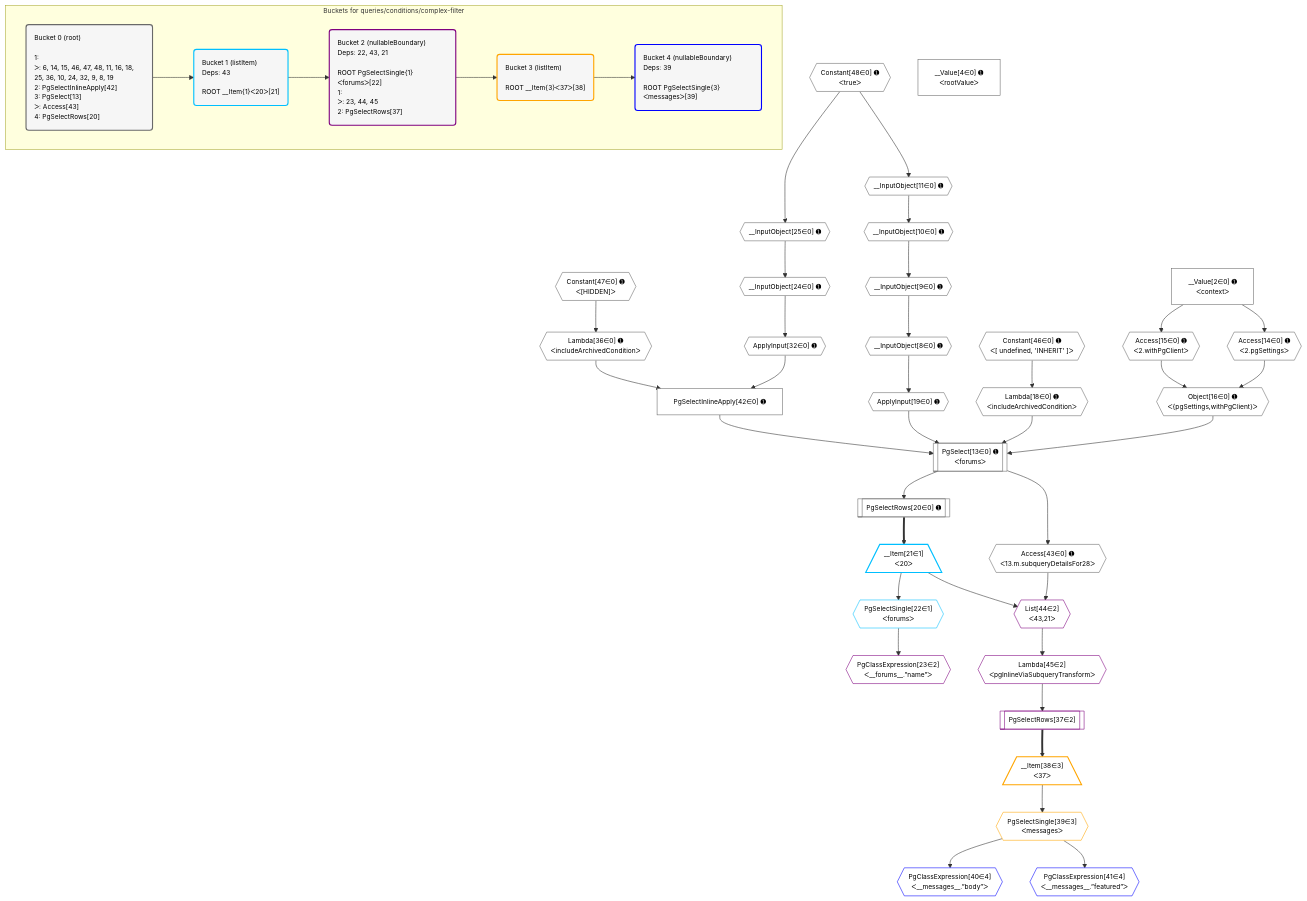
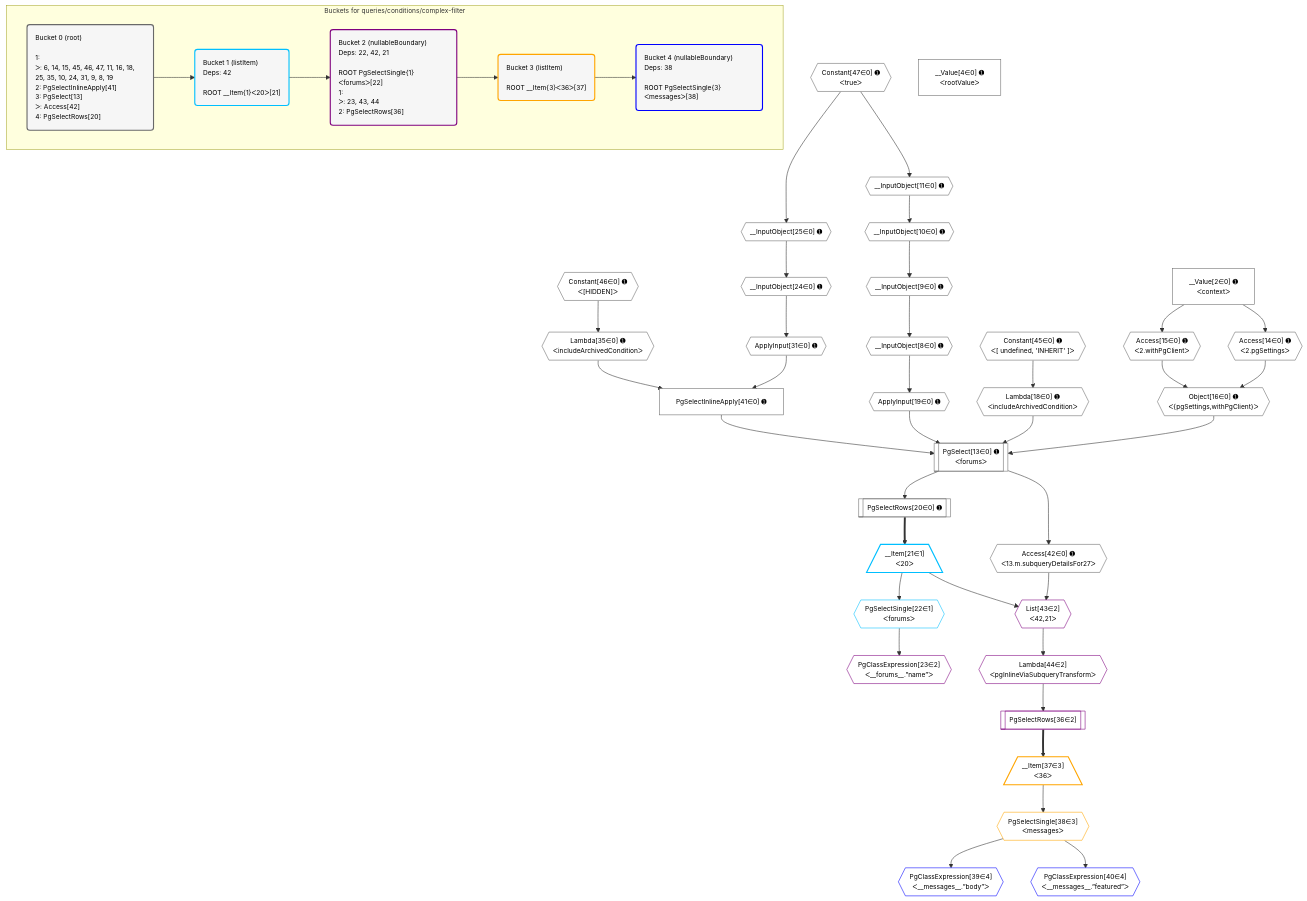
Before and after one commit to graphile/crystal: the diagram in grafast/dataplan-pg/__tests__/queries/conditions/complex-filter.mermaid, drawn with Mermaid. The commit also changed 145 other files, not shown here.

Commit message:
Update plan diagrams (renumber: fewer input steps)

```diff
--- a/grafast/dataplan-pg/__tests__/queries/conditions/complex-filter.mermaid
+++ b/grafast/dataplan-pg/__tests__/queries/conditions/complex-filter.mermaid
@@ -1,93 +1,93 @@
 %%{init: {'themeVariables': { 'fontSize': '12px'}}}%%
 graph TD
     classDef path fill:#eee,stroke:#000,color:#000
     classDef plan fill:#fff,stroke-width:1px,color:#000
     classDef itemplan fill:#fff,stroke-width:2px,color:#000
     classDef unbatchedplan fill:#dff,stroke-width:1px,color:#000
     classDef sideeffectplan fill:#fcc,stroke-width:2px,color:#000
     classDef bucket fill:#f6f6f6,color:#000,stroke-width:2px,text-align:left
 
     subgraph "Buckets for queries/conditions/complex-filter"
-    Bucket0("Bucket 0 (root)<br /><br />1: <br />ᐳ: 6, 14, 15, 46, 47, 48, 11, 16, 18, 25, 36, 10, 24, 32, 9, 8, 19<br />2: PgSelectInlineApply[42]<br />3: PgSelect[13]<br />ᐳ: Access[43]<br />4: PgSelectRows[20]"):::bucket
-    Bucket1("Bucket 1 (listItem)<br />Deps: 43<br /><br />ROOT __Item{1}ᐸ20ᐳ[21]"):::bucket
-    Bucket2("Bucket 2 (nullableBoundary)<br />Deps: 22, 43, 21<br /><br />ROOT PgSelectSingle{1}ᐸforumsᐳ[22]<br />1: <br />ᐳ: 23, 44, 45<br />2: PgSelectRows[37]"):::bucket
-    Bucket3("Bucket 3 (listItem)<br /><br />ROOT __Item{3}ᐸ37ᐳ[38]"):::bucket
-    Bucket4("Bucket 4 (nullableBoundary)<br />Deps: 39<br /><br />ROOT PgSelectSingle{3}ᐸmessagesᐳ[39]"):::bucket
+    Bucket0("Bucket 0 (root)<br /><br />1: <br />ᐳ: 6, 14, 15, 45, 46, 47, 11, 16, 18, 25, 35, 10, 24, 31, 9, 8, 19<br />2: PgSelectInlineApply[41]<br />3: PgSelect[13]<br />ᐳ: Access[42]<br />4: PgSelectRows[20]"):::bucket
+    Bucket1("Bucket 1 (listItem)<br />Deps: 42<br /><br />ROOT __Item{1}ᐸ20ᐳ[21]"):::bucket
+    Bucket2("Bucket 2 (nullableBoundary)<br />Deps: 22, 42, 21<br /><br />ROOT PgSelectSingle{1}ᐸforumsᐳ[22]<br />1: <br />ᐳ: 23, 43, 44<br />2: PgSelectRows[36]"):::bucket
+    Bucket3("Bucket 3 (listItem)<br /><br />ROOT __Item{3}ᐸ36ᐳ[37]"):::bucket
+    Bucket4("Bucket 4 (nullableBoundary)<br />Deps: 38<br /><br />ROOT PgSelectSingle{3}ᐸmessagesᐳ[38]"):::bucket
     end
     Bucket0 --> Bucket1
     Bucket1 --> Bucket2
     Bucket2 --> Bucket3
     Bucket3 --> Bucket4
 
     %% plan dependencies
     PgSelect13[["PgSelect[13∈0] ➊<br />ᐸforumsᐳ"]]:::plan
     Object16{{"Object[16∈0] ➊<br />ᐸ{pgSettings,withPgClient}ᐳ"}}:::plan
     Lambda18{{"Lambda[18∈0] ➊<br />ᐸincludeArchivedConditionᐳ"}}:::plan
     ApplyInput19{{"ApplyInput[19∈0] ➊"}}:::plan
-    PgSelectInlineApply42["PgSelectInlineApply[42∈0] ➊"]:::plan
-    Object16 & Lambda18 & ApplyInput19 & PgSelectInlineApply42 --> PgSelect13
+    PgSelectInlineApply41["PgSelectInlineApply[41∈0] ➊"]:::plan
+    Object16 & Lambda18 & ApplyInput19 & PgSelectInlineApply41 --> PgSelect13
     __InputObject10{{"__InputObject[10∈0] ➊"}}:::plan
     __InputObject11{{"__InputObject[11∈0] ➊"}}:::plan
     __InputObject11 --> __InputObject10
-    Constant48{{"Constant[48∈0] ➊<br />ᐸtrueᐳ"}}:::plan
-    Constant48 --> __InputObject11
+    Constant47{{"Constant[47∈0] ➊<br />ᐸtrueᐳ"}}:::plan
+    Constant47 --> __InputObject11
     Access14{{"Access[14∈0] ➊<br />ᐸ2.pgSettingsᐳ"}}:::plan
     Access15{{"Access[15∈0] ➊<br />ᐸ2.withPgClientᐳ"}}:::plan
     Access14 & Access15 --> Object16
     __InputObject24{{"__InputObject[24∈0] ➊"}}:::plan
     __InputObject25{{"__InputObject[25∈0] ➊"}}:::plan
     __InputObject25 --> __InputObject24
-    Constant48 --> __InputObject25
-    ApplyInput32{{"ApplyInput[32∈0] ➊"}}:::plan
-    Lambda36{{"Lambda[36∈0] ➊<br />ᐸincludeArchivedConditionᐳ"}}:::plan
-    ApplyInput32 & Lambda36 --> PgSelectInlineApply42
+    Constant47 --> __InputObject25
+    ApplyInput31{{"ApplyInput[31∈0] ➊"}}:::plan
+    Lambda35{{"Lambda[35∈0] ➊<br />ᐸincludeArchivedConditionᐳ"}}:::plan
+    ApplyInput31 & Lambda35 --> PgSelectInlineApply41
     __InputObject8{{"__InputObject[8∈0] ➊"}}:::plan
     __InputObject9{{"__InputObject[9∈0] ➊"}}:::plan
     __InputObject9 --> __InputObject8
     __InputObject10 --> __InputObject9
     __Value2["__Value[2∈0] ➊<br />ᐸcontextᐳ"]:::plan
     __Value2 --> Access14
     __Value2 --> Access15
-    Constant46{{"Constant[46∈0] ➊<br />ᐸ[ undefined, 'INHERIT' ]ᐳ"}}:::plan
-    Constant46 --> Lambda18
+    Constant45{{"Constant[45∈0] ➊<br />ᐸ[ undefined, 'INHERIT' ]ᐳ"}}:::plan
+    Constant45 --> Lambda18
     __InputObject8 --> ApplyInput19
     PgSelectRows20[["PgSelectRows[20∈0] ➊"]]:::plan
     PgSelect13 --> PgSelectRows20
-    __InputObject24 --> ApplyInput32
-    Constant47{{"Constant[47∈0] ➊<br />ᐸ[HIDDEN]ᐳ"}}:::plan
-    Constant47 --> Lambda36
-    Access43{{"Access[43∈0] ➊<br />ᐸ13.m.subqueryDetailsFor28ᐳ"}}:::plan
-    PgSelect13 --> Access43
+    __InputObject24 --> ApplyInput31
+    Constant46{{"Constant[46∈0] ➊<br />ᐸ[HIDDEN]ᐳ"}}:::plan
+    Constant46 --> Lambda35
+    Access42{{"Access[42∈0] ➊<br />ᐸ13.m.subqueryDetailsFor27ᐳ"}}:::plan
+    PgSelect13 --> Access42
     __Value4["__Value[4∈0] ➊<br />ᐸrootValueᐳ"]:::plan
     __Item21[/"__Item[21∈1]<br />ᐸ20ᐳ"\]:::itemplan
     PgSelectRows20 ==> __Item21
     PgSelectSingle22{{"PgSelectSingle[22∈1]<br />ᐸforumsᐳ"}}:::plan
     __Item21 --> PgSelectSingle22
-    List44{{"List[44∈2]<br />ᐸ43,21ᐳ"}}:::plan
-    Access43 & __Item21 --> List44
+    List43{{"List[43∈2]<br />ᐸ42,21ᐳ"}}:::plan
+    Access42 & __Item21 --> List43
     PgClassExpression23{{"PgClassExpression[23∈2]<br />ᐸ__forums__.”name”ᐳ"}}:::plan
     PgSelectSingle22 --> PgClassExpression23
-    PgSelectRows37[["PgSelectRows[37∈2]"]]:::plan
-    Lambda45{{"Lambda[45∈2]<br />ᐸpgInlineViaSubqueryTransformᐳ"}}:::plan
-    Lambda45 --> PgSelectRows37
-    List44 --> Lambda45
-    __Item38[/"__Item[38∈3]<br />ᐸ37ᐳ"\]:::itemplan
-    PgSelectRows37 ==> __Item38
-    PgSelectSingle39{{"PgSelectSingle[39∈3]<br />ᐸmessagesᐳ"}}:::plan
-    __Item38 --> PgSelectSingle39
-    PgClassExpression40{{"PgClassExpression[40∈4]<br />ᐸ__messages__.”body”ᐳ"}}:::plan
-    PgSelectSingle39 --> PgClassExpression40
-    PgClassExpression41{{"PgClassExpression[41∈4]<br />ᐸ__messages__.”featured”ᐳ"}}:::plan
-    PgSelectSingle39 --> PgClassExpression41
+    PgSelectRows36[["PgSelectRows[36∈2]"]]:::plan
+    Lambda44{{"Lambda[44∈2]<br />ᐸpgInlineViaSubqueryTransformᐳ"}}:::plan
+    Lambda44 --> PgSelectRows36
+    List43 --> Lambda44
+    __Item37[/"__Item[37∈3]<br />ᐸ36ᐳ"\]:::itemplan
+    PgSelectRows36 ==> __Item37
+    PgSelectSingle38{{"PgSelectSingle[38∈3]<br />ᐸmessagesᐳ"}}:::plan
+    __Item37 --> PgSelectSingle38
+    PgClassExpression39{{"PgClassExpression[39∈4]<br />ᐸ__messages__.”body”ᐳ"}}:::plan
+    PgSelectSingle38 --> PgClassExpression39
+    PgClassExpression40{{"PgClassExpression[40∈4]<br />ᐸ__messages__.”featured”ᐳ"}}:::plan
+    PgSelectSingle38 --> PgClassExpression40
 
     %% define steps
     classDef bucket0 stroke:#696969
-    class Bucket0,__Value2,__Value4,__InputObject8,__InputObject9,__InputObject10,__InputObject11,PgSelect13,Access14,Access15,Object16,Lambda18,ApplyInput19,PgSelectRows20,__InputObject24,__InputObject25,ApplyInput32,Lambda36,PgSelectInlineApply42,Access43,Constant46,Constant47,Constant48 bucket0
+    class Bucket0,__Value2,__Value4,__InputObject8,__InputObject9,__InputObject10,__InputObject11,PgSelect13,Access14,Access15,Object16,Lambda18,ApplyInput19,PgSelectRows20,__InputObject24,__InputObject25,ApplyInput31,Lambda35,PgSelectInlineApply41,Access42,Constant45,Constant46,Constant47 bucket0
     classDef bucket1 stroke:#00bfff
     class Bucket1,__Item21,PgSelectSingle22 bucket1
     classDef bucket2 stroke:#7f007f
-    class Bucket2,PgClassExpression23,PgSelectRows37,List44,Lambda45 bucket2
+    class Bucket2,PgClassExpression23,PgSelectRows36,List43,Lambda44 bucket2
     classDef bucket3 stroke:#ffa500
-    class Bucket3,__Item38,PgSelectSingle39 bucket3
+    class Bucket3,__Item37,PgSelectSingle38 bucket3
     classDef bucket4 stroke:#0000ff
-    class Bucket4,PgClassExpression40,PgClassExpression41 bucket4
+    class Bucket4,PgClassExpression39,PgClassExpression40 bucket4
```
